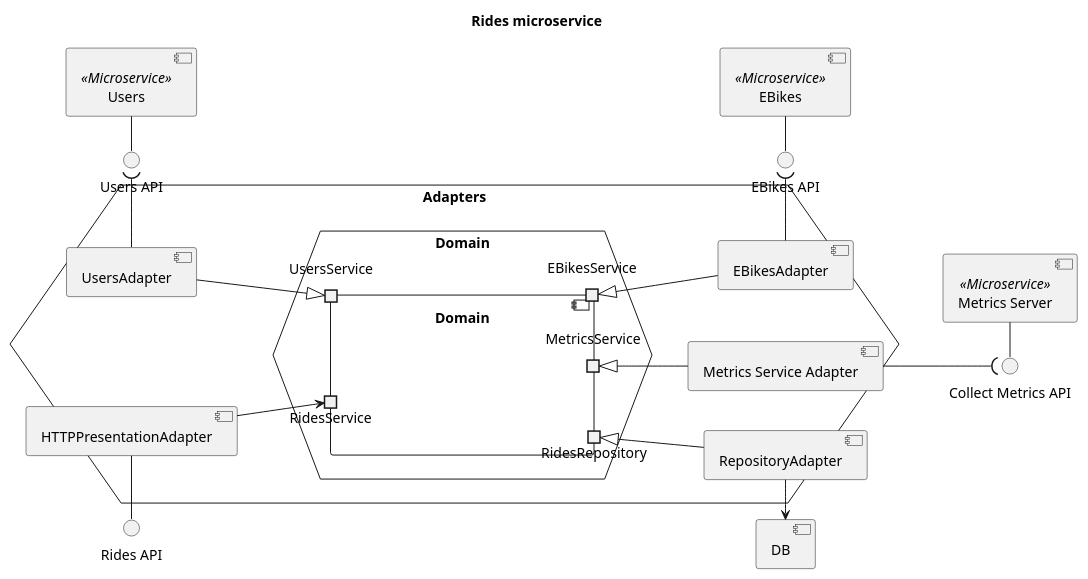
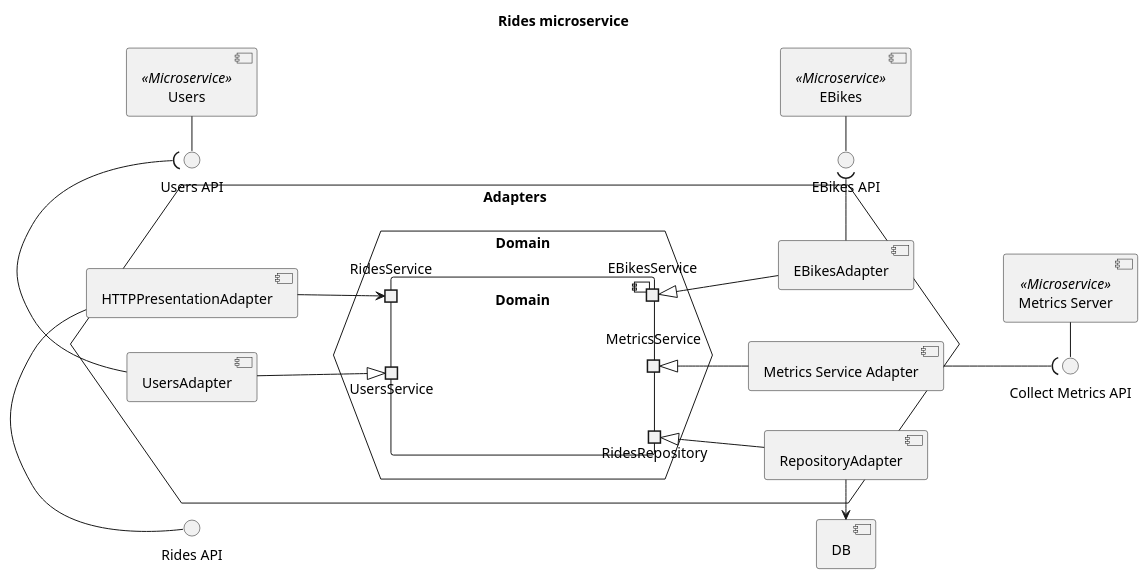
One commit to Ventus218/SAP-assignment-02 changed the diagram in doc/diagrams/src/rides-components.puml. Above: the diagram before and after it, drawn with PlantUML. The commit also changed other lines of this file, not shown here.

Commit message:
Fixed diagrams for latest version of plantuml

```diff
--- a/doc/diagrams/src/rides-components.puml
+++ b/doc/diagrams/src/rides-components.puml
@@ -1,55 +1,55 @@
 @startuml rides-components
 
 title "Rides microservice"
 
 left to right direction
 
 component "DB"
 interface "Rides API" as RidesAPI
 interface "EBikes API" as EBikesAPI
 interface "Users API" as UsersAPI
 interface "Collect Metrics API" as CollectMetricsAPI
 
 hexagon Adapters {
     hexagon Domain as DomainHex {
         component Domain {
             'ports in or out are just used for layout purposes and do not have any semantic'
+            portin UsersService
+            portin RidesService
             portout "RidesRepository" as Repo
-            portin RidesService
-            portin UsersService
             portout MetricsService
             portout EBikesService
         }
     }
 
     component "RepositoryAdapter" as RepoAdapter
     RepoAdapter -l-> DB
     RepoAdapter -u-|> Repo
 
     component "Metrics Service Adapter" as MetricsAdapter
     MetricsAdapter -u-|> MetricsService
     MetricsAdapter --( CollectMetricsAPI
 
     component EBikesAdapter
     EBikesAdapter -r-( EBikesAPI
     EBikesAdapter -u-|> EBikesService
 
+    component "HTTPPresentationAdapter" as HTTPAdapter
+    HTTPAdapter -l-() RidesAPI
+    HTTPAdapter -d-> RidesService
+
     component UsersAdapter
     UsersAdapter -r-( UsersAPI
     UsersAdapter -d-|> UsersService
-
-    component "HTTPPresentationAdapter" as HTTPAdapter
-    HTTPAdapter -l-() RidesAPI
-    HTTPAdapter -d-> RidesService
 }
 
 component "EBikes" as EBikes <<Microservice>>
 EBikes -r-() EBikesAPI
 
 component "Users" as Users <<Microservice>>
 Users -r-() UsersAPI
 
 component "Metrics Server" as MetricsServer <<Microservice>>
 MetricsServer -r-() CollectMetricsAPI
 
 @enduml
```
